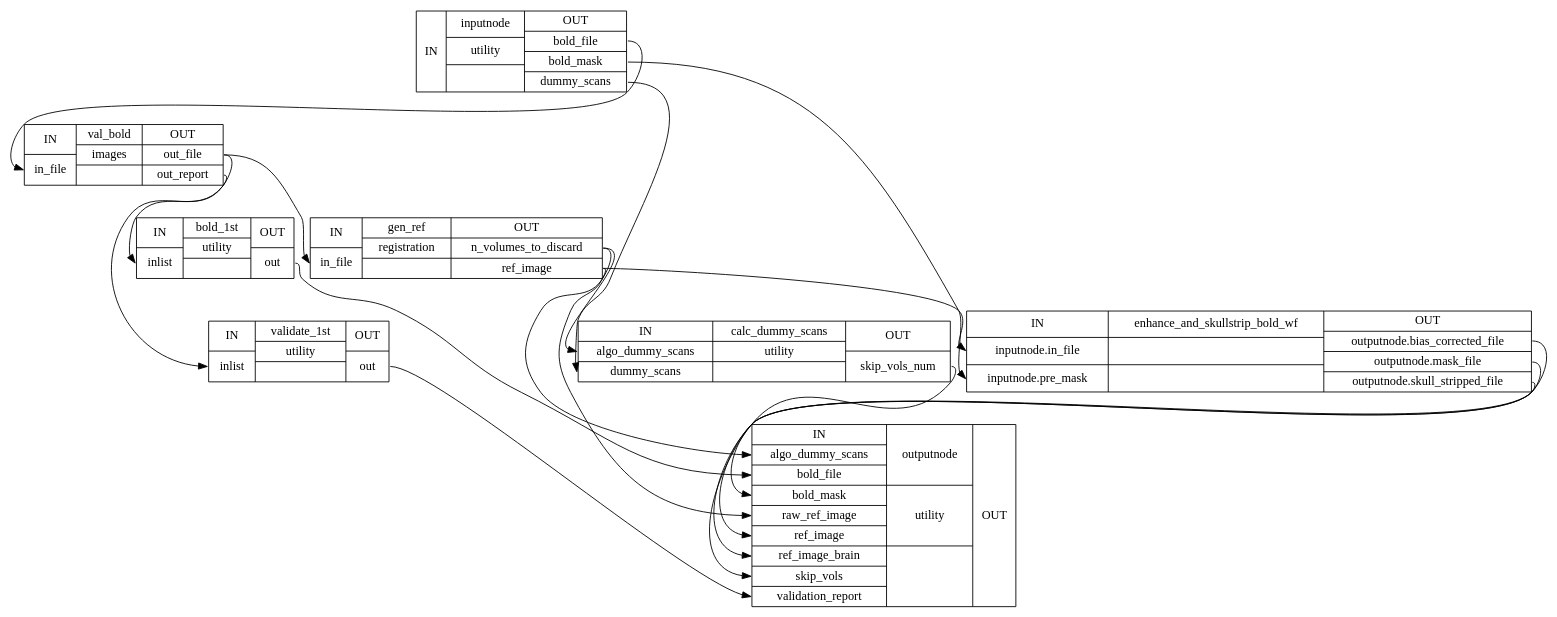
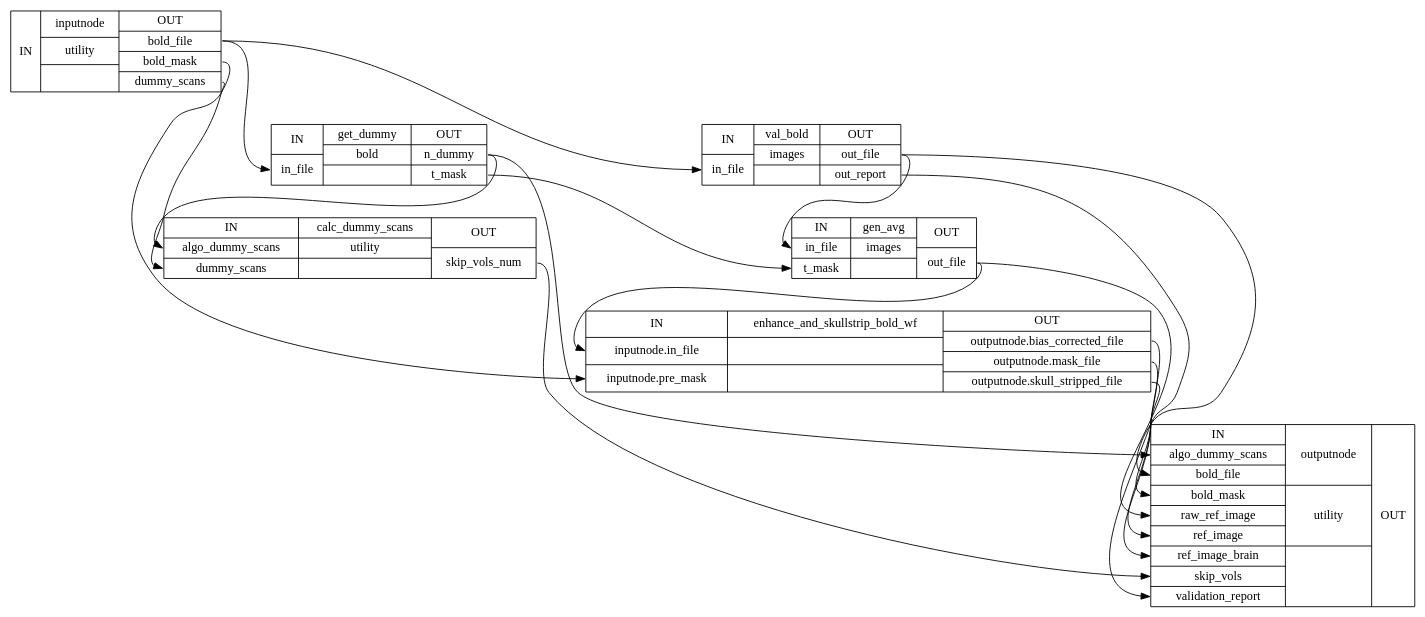
Before and after one commit to notZaki/niworkflows: the diagram in 1.2.2/wf_directive/api/bold_reference_wf/niworkflows-func-util-1_detailed.dot, drawn with Graphviz. The commit also changed 9643 other files, not shown here.

```diff
--- a/1.2.2/wf_directive/api/bold_reference_wf/niworkflows-func-util-1_detailed.dot
+++ b/1.2.2/wf_directive/api/bold_reference_wf/niworkflows-func-util-1_detailed.dot
@@ -1,27 +1,26 @@
 digraph structs {
 node [shape=record];
 bold_reference_wfinputnode [label="{IN}|{ inputnode | utility |  }|{OUT|<outboldfile> bold_file|<outboldmask> bold_mask|<outdummyscans> dummy_scans}"];
+bold_reference_wfget_dummy [label="{IN|<ininfile> in_file}|{ get_dummy | bold |  }|{OUT|<outndummy> n_dummy|<outtmask> t_mask}"];
+bold_reference_wfcalc_dummy_scans [label="{IN|<inalgodummyscans> algo_dummy_scans|<indummyscans> dummy_scans}|{ calc_dummy_scans | utility |  }|{OUT|<outskipvolsnum> skip_vols_num}"];
 bold_reference_wfval_bold [label="{IN|<ininfile> in_file}|{ val_bold | images |  }|{OUT|<outoutfile> out_file|<outoutreport> out_report}"];
-bold_reference_wfvalidate_1st [label="{IN|<ininlist> inlist}|{ validate_1st | utility |  }|{OUT|<outout> out}"];
-bold_reference_wfbold_1st [label="{IN|<ininlist> inlist}|{ bold_1st | utility |  }|{OUT|<outout> out}"];
-bold_reference_wfgen_ref [label="{IN|<ininfile> in_file}|{ gen_ref | registration |  }|{OUT|<outnvolumestodiscard> n_volumes_to_discard|<outrefimage> ref_image}"];
-bold_reference_wfcalc_dummy_scans [label="{IN|<inalgodummyscans> algo_dummy_scans|<indummyscans> dummy_scans}|{ calc_dummy_scans | utility |  }|{OUT|<outskipvolsnum> skip_vols_num}"];
+bold_reference_wfgen_avg [label="{IN|<ininfile> in_file|<intmask> t_mask}|{ gen_avg | images |  }|{OUT|<outoutfile> out_file}"];
 bold_reference_wfenhance_and_skullstrip_bold_wf [label="{IN|<ininputnodeinfile> inputnode.in_file|<ininputnodepremask> inputnode.pre_mask}|{ enhance_and_skullstrip_bold_wf |  |  }|{OUT|<outoutputnodebiascorrectedfile> outputnode.bias_corrected_file|<outoutputnodemaskfile> outputnode.mask_file|<outoutputnodeskullstrippedfile> outputnode.skull_stripped_file}"];
 bold_reference_wfoutputnode [label="{IN|<inalgodummyscans> algo_dummy_scans|<inboldfile> bold_file|<inboldmask> bold_mask|<inrawrefimage> raw_ref_image|<inrefimage> ref_image|<inrefimagebrain> ref_image_brain|<inskipvols> skip_vols|<invalidationreport> validation_report}|{ outputnode | utility |  }|{OUT}"];
-bold_reference_wfbold_1st:outout:e -> bold_reference_wfoutputnode:inboldfile:w;
 bold_reference_wfcalc_dummy_scans:outskipvolsnum:e -> bold_reference_wfoutputnode:inskipvols:w;
 bold_reference_wfenhance_and_skullstrip_bold_wf:outoutputnodebiascorrectedfile:e -> bold_reference_wfoutputnode:inrefimage:w;
 bold_reference_wfenhance_and_skullstrip_bold_wf:outoutputnodemaskfile:e -> bold_reference_wfoutputnode:inboldmask:w;
 bold_reference_wfenhance_and_skullstrip_bold_wf:outoutputnodeskullstrippedfile:e -> bold_reference_wfoutputnode:inrefimagebrain:w;
-bold_reference_wfgen_ref:outnvolumestodiscard:e -> bold_reference_wfcalc_dummy_scans:inalgodummyscans:w;
-bold_reference_wfgen_ref:outnvolumestodiscard:e -> bold_reference_wfoutputnode:inalgodummyscans:w;
-bold_reference_wfgen_ref:outrefimage:e -> bold_reference_wfenhance_and_skullstrip_bold_wf:ininputnodeinfile:w;
-bold_reference_wfgen_ref:outrefimage:e -> bold_reference_wfoutputnode:inrawrefimage:w;
+bold_reference_wfgen_avg:outoutfile:e -> bold_reference_wfenhance_and_skullstrip_bold_wf:ininputnodeinfile:w;
+bold_reference_wfgen_avg:outoutfile:e -> bold_reference_wfoutputnode:inrawrefimage:w;
+bold_reference_wfget_dummy:outndummy:e -> bold_reference_wfcalc_dummy_scans:inalgodummyscans:w;
+bold_reference_wfget_dummy:outndummy:e -> bold_reference_wfoutputnode:inalgodummyscans:w;
+bold_reference_wfget_dummy:outtmask:e -> bold_reference_wfgen_avg:intmask:w;
+bold_reference_wfinputnode:outboldfile:e -> bold_reference_wfget_dummy:ininfile:w;
 bold_reference_wfinputnode:outboldfile:e -> bold_reference_wfval_bold:ininfile:w;
 bold_reference_wfinputnode:outboldmask:e -> bold_reference_wfenhance_and_skullstrip_bold_wf:ininputnodepremask:w;
 bold_reference_wfinputnode:outdummyscans:e -> bold_reference_wfcalc_dummy_scans:indummyscans:w;
-bold_reference_wfval_bold:outoutfile:e -> bold_reference_wfbold_1st:ininlist:w;
-bold_reference_wfval_bold:outoutfile:e -> bold_reference_wfgen_ref:ininfile:w;
-bold_reference_wfval_bold:outoutreport:e -> bold_reference_wfvalidate_1st:ininlist:w;
-bold_reference_wfvalidate_1st:outout:e -> bold_reference_wfoutputnode:invalidationreport:w;
+bold_reference_wfval_bold:outoutfile:e -> bold_reference_wfgen_avg:ininfile:w;
+bold_reference_wfval_bold:outoutfile:e -> bold_reference_wfoutputnode:inboldfile:w;
+bold_reference_wfval_bold:outoutreport:e -> bold_reference_wfoutputnode:invalidationreport:w;
 }
```
